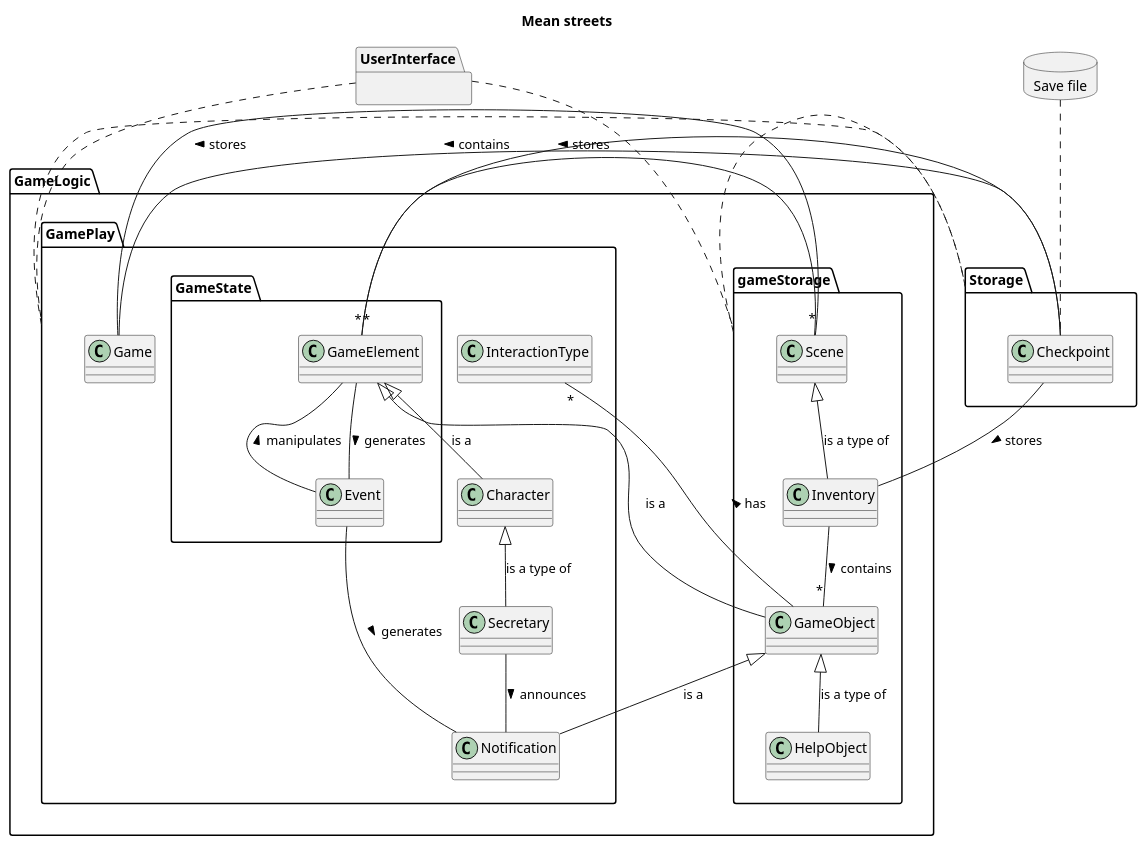
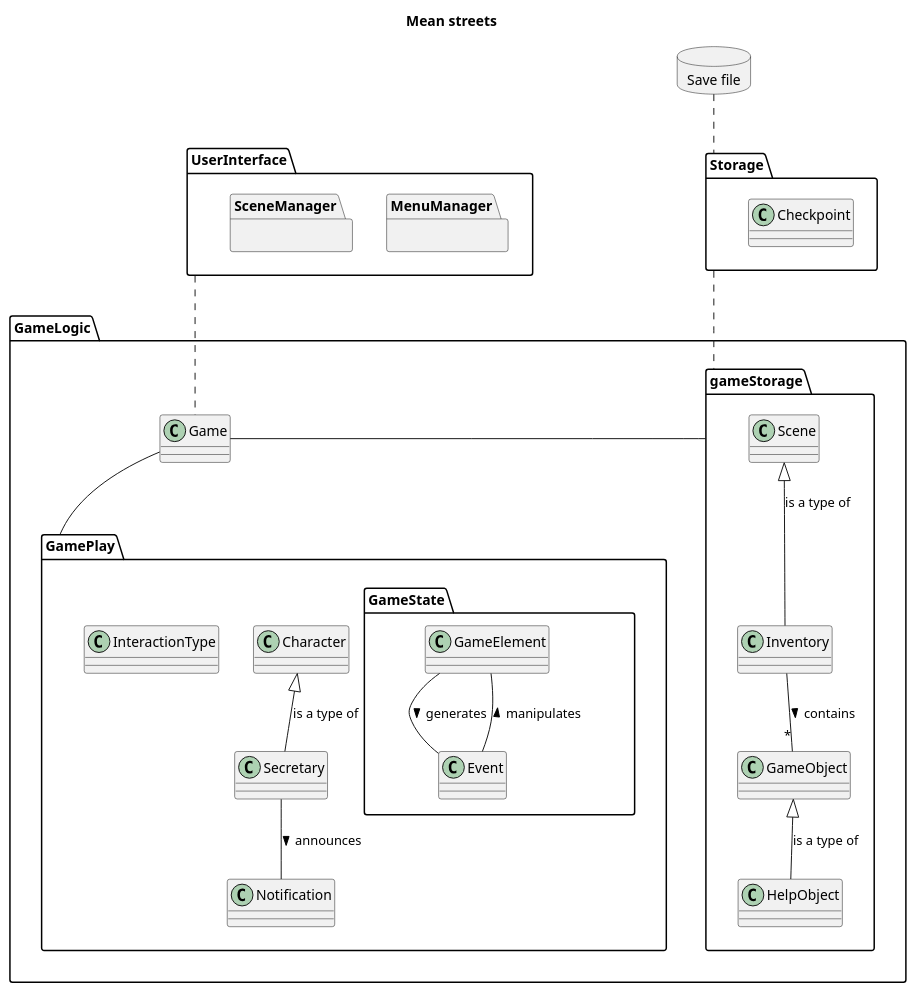
One commit to NoahHakansson/SE-PA1460 changed the diagram in architectDiagram.pu. Above: the diagram before and after it, drawn with PlantUML.

```diff
--- a/architectDiagram.pu
+++ b/architectDiagram.pu
@@ -1,66 +1,57 @@
 @startuml
 title Mean streets
 top to bottom direction
 database "Save file" {
 }
 package UserInterface {
-
+    package MenuManager {}
+    package SceneManager {}
 }
 
 package GameLogic {
-package gameStorage {
-    class Inventory
-    class GameObject
-    class HelpObject
-    class Scene
-}
+    class Game
+    package gameStorage {
+        class Inventory
+        class GameObject
+        class HelpObject
+        class Scene
+    }
 
 
+    package GamePlay {
+        class Secretary
+        class Character
+        class Notification
+        class InteractionType
 
-
-package GamePlay {
-    class Game
-    class Secretary
-    class Character
-    class Notification
-    class InteractionType
-
-    package GameState {
-        class GameElement
-        class Event
+        package GameState {
+            class GameElement
+            class Event
+        }
     }
-}
 }
 
 package Storage {
     class Checkpoint
 }
 
-"Save file" .. Checkpoint
-UserInterface .. gameStorage
-UserInterface .. GamePlay
+"Save file".. Storage
+UserInterface .. Game
 
-GamePlay .. Storage
-gameStorage .. Storage
+Storage .. gameStorage
 
 
-Game -- "*" Scene
+Game - gameStorage
+Game -- GamePlay
 
-Checkpoint -- "*" GameElement : stores >
-Checkpoint -- Inventory : stores >
-Checkpoint - Game : stores >
 Character <|-- Secretary : is a type of
-GameElement <|-- GameObject : is a
-GameElement <|-- Character : is a
-Scene - "*" GameElement : contains >
 Scene <|-- Inventory : is a type of
 Inventory -- "*" GameObject : contains >
-GameElement -- Event : generates >
-Event -- Notification : generates >
-Event -- GameElement : manipulates >
+
 Secretary -- Notification : announces >
 GameObject <|-- HelpObject : is a type of
-GameObject <|-- Notification : is a
-GameObject -- "*" InteractionType : has >
+
+GameElement -- Event : generates >
+Event -- GameElement : manipulates >
 
 @enduml
```
